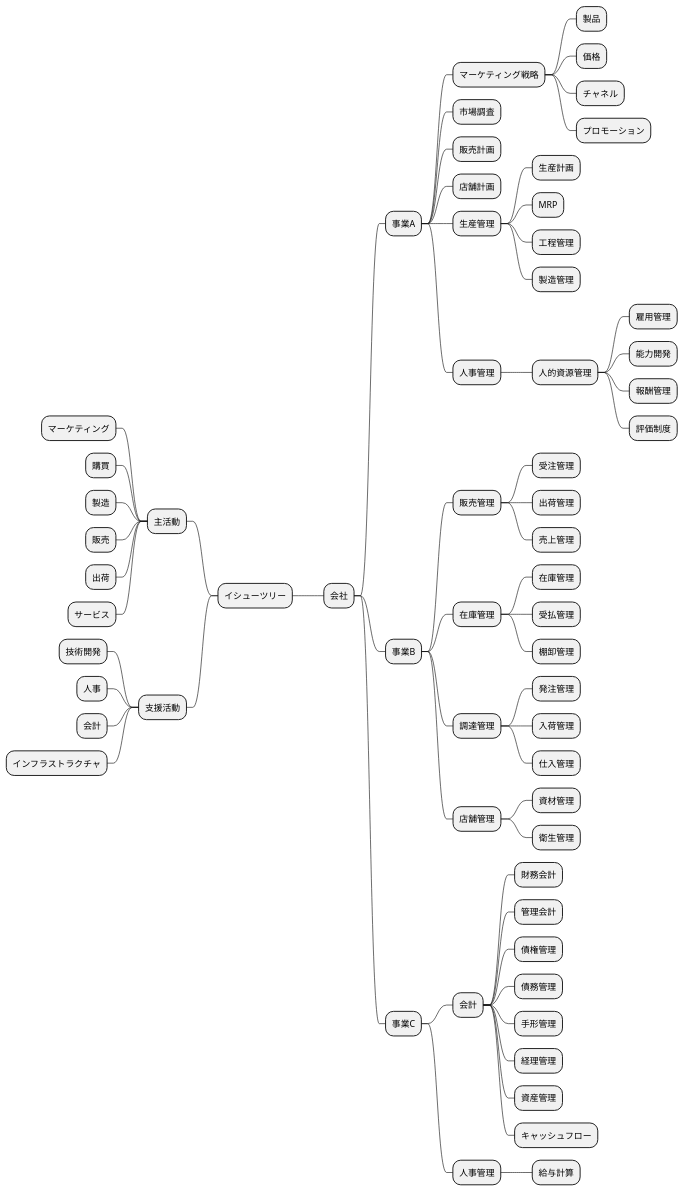
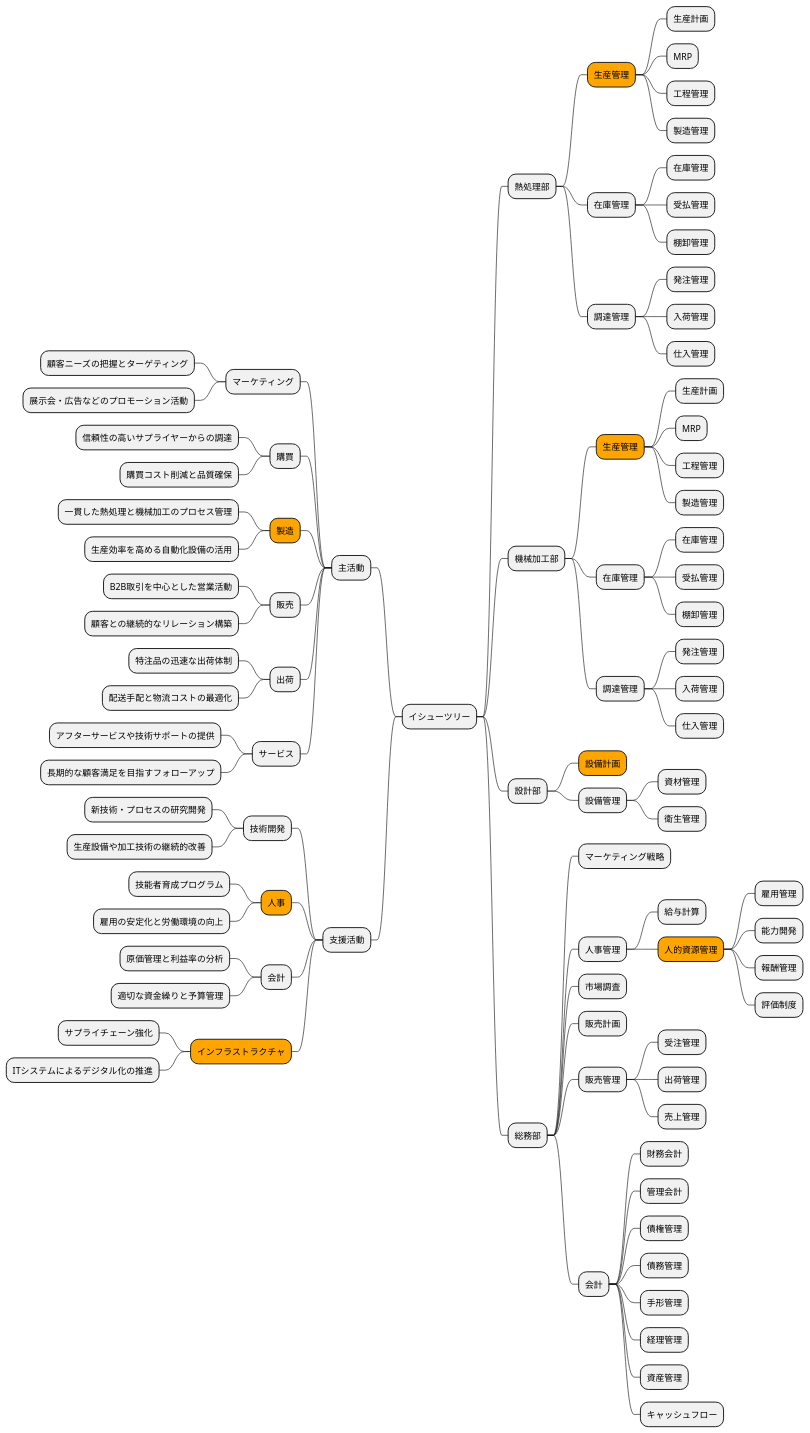
One commit to k2works/case-study-business-analysis changed diagram 15 of 19 in docs/case/r01_case_3.adoc. Above: the diagram before and after it, drawn with PlantUML. The commit also changed other lines of this file, not shown here.

```diff
--- a/docs/case/r01_case_3.adoc
+++ b/docs/case/r01_case_3.adoc
@@ -800,68 +894,96 @@
 @startmindmap
 
 * イシューツリー
-** 会社
-*** 事業A
-**** マーケティング戦略
-***** 製品
-***** 価格
-***** チャネル
-***** プロモーション
-**** 市場調査
-**** 販売計画
-**** 店舗計画
-**** 生産管理
-***** 生産計画
-***** MRP
-***** 工程管理
-***** 製造管理
-**** 人事管理
-***** 人的資源管理
-****** 雇用管理
-****** 能力開発
-****** 報酬管理
-****** 評価制度
-*** 事業B
-**** 販売管理
-***** 受注管理
-***** 出荷管理
-***** 売上管理
+** 熱処理部
+***[#orange] 生産管理
+**** 生産計画
+**** MRP
+**** 工程管理
+**** 製造管理
+*** 在庫管理
 **** 在庫管理
-***** 在庫管理
-***** 受払管理
-***** 棚卸管理
-**** 調達管理
-***** 発注管理
-***** 入荷管理
-***** 仕入管理
-**** 店舗管理
-***** 資材管理
-***** 衛生管理
-*** 事業C
-**** 会計
-***** 財務会計
-***** 管理会計
-***** 債権管理
-***** 債務管理
-***** 手形管理
-***** 経理管理
-***** 資産管理
-***** キャッシュフロー
-**** 人事管理
-***** 給与計算
+**** 受払管理
+**** 棚卸管理
+*** 調達管理
+**** 発注管理
+**** 入荷管理
+**** 仕入管理
+** 機械加工部
+***[#orange] 生産管理
+**** 生産計画
+**** MRP
+**** 工程管理
+**** 製造管理
+*** 在庫管理
+**** 在庫管理
+**** 受払管理
+**** 棚卸管理
+*** 調達管理
+**** 発注管理
+**** 入荷管理
+**** 仕入管理
+** 設計部
+***[#orange] 設備計画
+*** 設備管理
+**** 資材管理
+**** 衛生管理
+** 総務部
+*** マーケティング戦略
+*** 人事管理
+**** 給与計算
+****[#orange] 人的資源管理
+***** 雇用管理
+***** 能力開発
+***** 報酬管理
+***** 評価制度
+*** 市場調査
+*** 販売計画
+*** 販売管理
+**** 受注管理
+**** 出荷管理
+**** 売上管理
+*** 会計
+**** 財務会計
+**** 管理会計
+**** 債権管理
+**** 債務管理
+**** 手形管理
+**** 経理管理
+**** 資産管理
+**** キャッシュフロー
 left side
 ** 主活動
 *** マーケティング
+**** 顧客ニーズの把握とターゲティング
+**** 展示会・広告などのプロモーション活動
 *** 購買
-*** 製造
+**** 信頼性の高いサプライヤーからの調達
+**** 購買コスト削減と品質確保
+***[#orange] 製造
+**** 一貫した熱処理と機械加工のプロセス管理
+**** 生産効率を高める自動化設備の活用
 *** 販売
+**** B2B取引を中心とした営業活動
+**** 顧客との継続的なリレーション構築
 *** 出荷
+**** 特注品の迅速な出荷体制
+**** 配送手配と物流コストの最適化
 *** サービス
+**** アフターサービスや技術サポートの提供
+**** 長期的な顧客満足を目指すフォローアップ
 ** 支援活動
 *** 技術開発
-*** 人事
+**** 新技術・プロセスの研究開発
+**** 生産設備や加工技術の継続的改善
+***[#orange] 人事
+**** 技能者育成プログラム
+**** 雇用の安定化と労働環境の向上
 *** 会計
-*** インフラストラクチャ
+**** 原価管理と利益率の分析
+**** 適切な資金繰りと予算管理
+***[#orange] インフラストラクチャ
+**** サプライチェーン強化
+**** ITシステムによるデジタル化の推進
 
 @endmindmap
 ----
```
